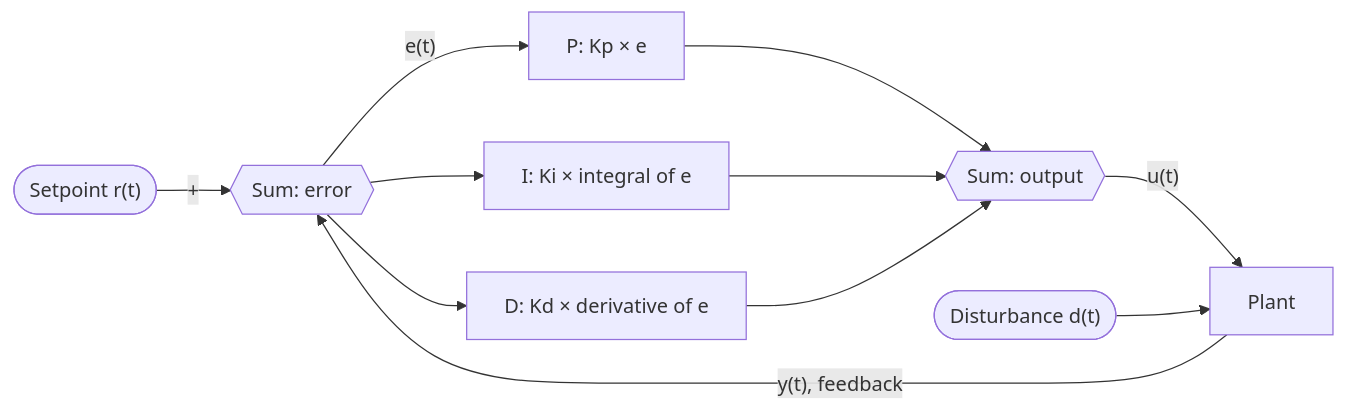
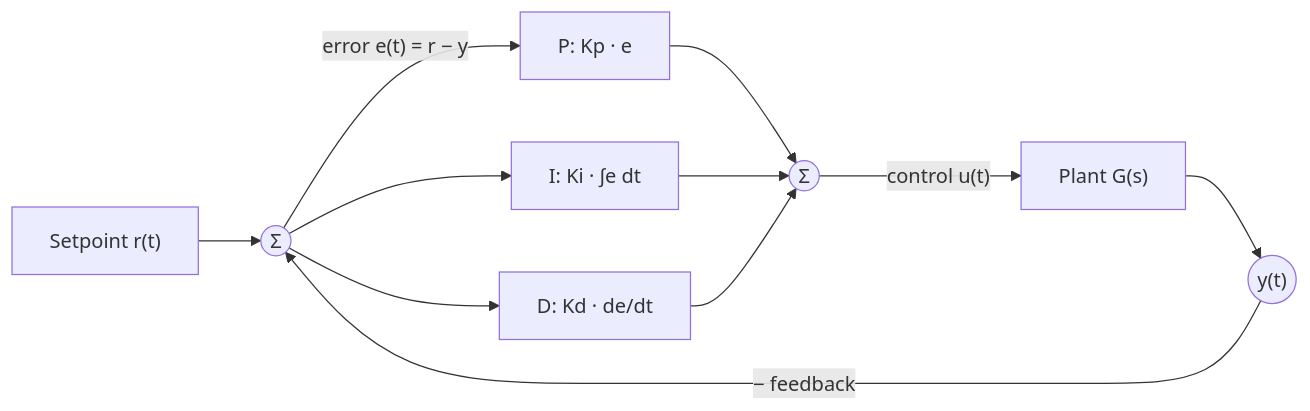
Before and after one commit to vrevolverrr/vicher: the diagram in eval/figure/generated/haiku/e-control-loop.md, drawn with Mermaid. The commit also changed other lines of this file and 105 other files, not shown here.

Commit message:
test(eval): regenerate the figure replies with groups and states

````diff
--- a/eval/figure/generated/haiku/e-control-loop.md
+++ b/eval/figure/generated/haiku/e-control-loop.md
@@ -1,13 +1,13 @@
 ```mermaid
 flowchart LR
-    R(["Setpoint r(t)"]) -->|"+"| E{{"Sum: error"}}
-    E -->|"e(t)"| P["P: Kp × e"]
-    E --> I["I: Ki × integral of e"]
-    E --> D["D: Kd × derivative of e"]
-    P --> U{{"Sum: output"}}
-    I --> U
-    D --> U
-    U -->|"u(t)"| PL["Plant"]
-    W(["Disturbance d(t)"]) --> PL
-    PL -->|"y(t), feedback"| E
+  r["Setpoint r(t)"] --> e(("Σ"))
+  y(("y(t)")) -- "− feedback" --> e
+  e -- "error e(t) = r − y" --> P["P: Kp · e"]
+  e --> I["I: Ki · ∫e dt"]
+  e --> D["D: Kd · de/dt"]
+  P --> u(("Σ"))
+  I --> u
+  D --> u
+  u -- "control u(t)" --> G["Plant G(s)"]
+  G --> y
 ```
````
